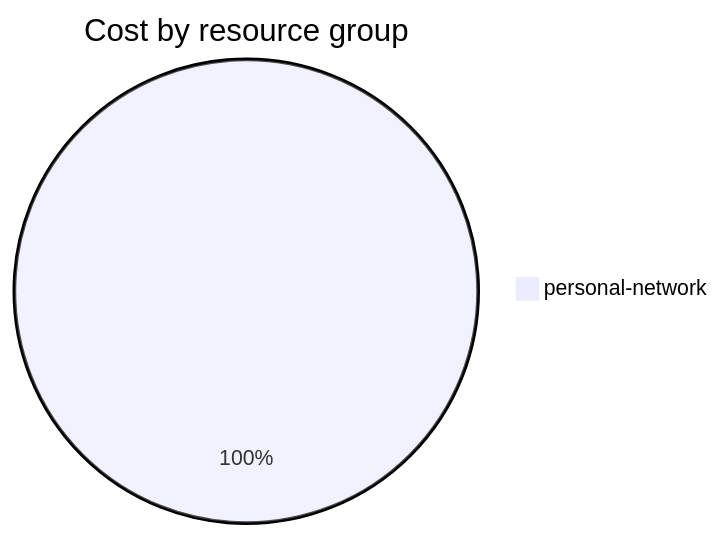
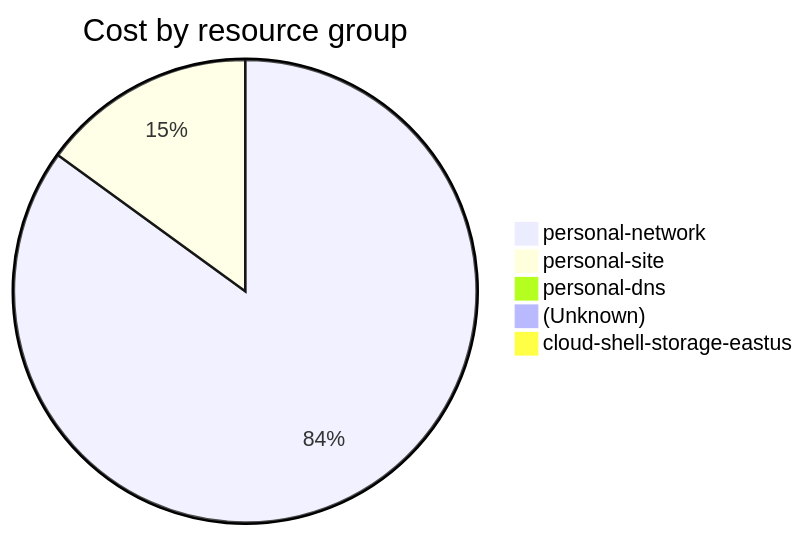
The fourth of 4 diagrams in cost-reports/accumulated-cost.md (jpfulton/azure-personal-reports), drawn with Mermaid before and after one commit. The commit also changed other lines of this file and 4 other files, not shown here.

````diff
--- a/cost-reports/accumulated-cost.md
+++ b/cost-reports/accumulated-cost.md
@@ -119,5 +149,9 @@
 ```mermaid
 pie
    title Cost by resource group
-   "personal-network" : 0.12
+   "personal-network" : 2.55
+   "personal-site" : 0.45
+   "personal-dns" : 0.03
+   "(Unknown)" : 0.01
+   "cloud-shell-storage-eastus" : 0.01
 ```
````
